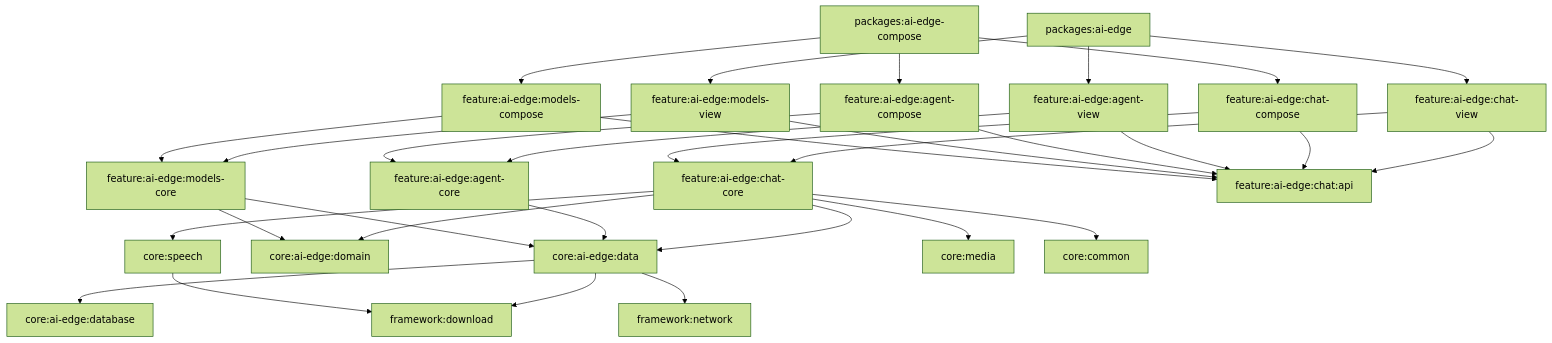
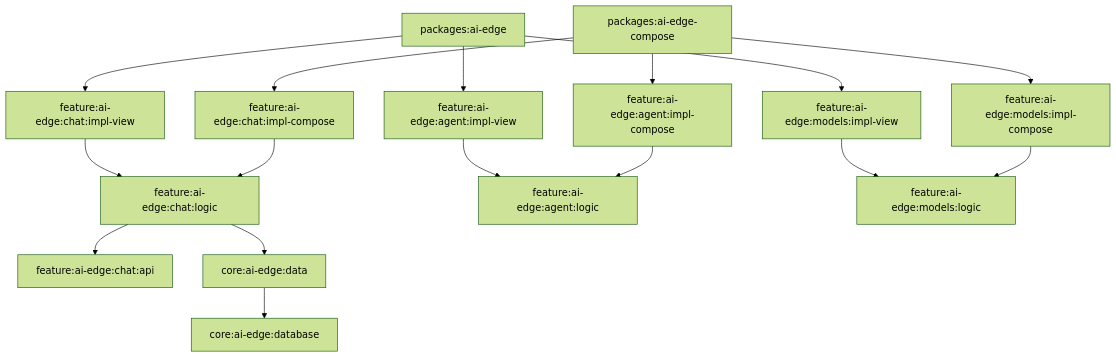
One commit to hustersf/Magical changed the second of 2 diagrams in packages/ai-edge-compose/doc/View 与 Compose 双体系架构蓝图.md. Above: the diagram before and after it, drawn with Mermaid (forest theme). The commit also changed other lines of this file, not shown here.

Commit message:
[ai-edge-compose] 架构蓝图更新

````diff
--- a/packages/ai-edge-compose/doc/View 与 Compose 双体系架构蓝图.md
+++ b/packages/ai-edge-compose/doc/View 与 Compose 双体系架构蓝图.md
@@ -89,33 +89,23 @@
 ```mermaid
 graph TD
-    APP_VIEW[packages:ai-edge] --> CHAT_VIEW[feature:ai-edge:chat-view]
-    APP_VIEW --> AGENT_VIEW[feature:ai-edge:agent-view]
-    APP_VIEW --> MODELS_VIEW[feature:ai-edge:models-view]
-    APP_COMPOSE[packages:ai-edge-compose] --> CHAT_COMPOSE[feature:ai-edge:chat-compose]
-    APP_COMPOSE --> AGENT_COMPOSE[feature:ai-edge:agent-compose]
-    APP_COMPOSE --> MODELS_COMPOSE[feature:ai-edge:models-compose]
-    CHAT_VIEW --> CHAT_CORE[feature:ai-edge:chat-core]
-    CHAT_COMPOSE --> CHAT_CORE
-    AGENT_VIEW --> AGENT_CORE[feature:ai-edge:agent-core]
-    AGENT_COMPOSE --> AGENT_CORE
-    MODELS_VIEW --> MODELS_CORE[feature:ai-edge:models-core]
-    MODELS_COMPOSE --> MODELS_CORE
-    CHAT_VIEW --> CHAT_API[feature:ai-edge:chat:api]
-    CHAT_COMPOSE --> CHAT_API
-    AGENT_VIEW --> CHAT_API
-    AGENT_COMPOSE --> CHAT_API
-    MODELS_VIEW --> CHAT_API
-    MODELS_COMPOSE --> CHAT_API
-    CHAT_CORE --> CORE_DATA[core:ai-edge:data]
-    CHAT_CORE --> CORE_DOMAIN[core:ai-edge:domain]
-    CHAT_CORE --> CORE_SPEECH[core:speech]
-    CHAT_CORE --> CORE_MEDIA[core:media]
-    CHAT_CORE --> CORE_COMMON[core:common]
-    AGENT_CORE --> CORE_DATA
-    MODELS_CORE --> CORE_DATA
-    MODELS_CORE --> CORE_DOMAIN
+    APP_VIEW[packages:ai-edge] --> CHAT_VIEW[feature:ai-edge:chat:impl-view]
+    APP_VIEW --> AGENT_VIEW[feature:ai-edge:agent:impl-view]
+    APP_VIEW --> MODELS_VIEW[feature:ai-edge:models:impl-view]
+ 
+    APP_COMPOSE[packages:ai-edge-compose] --> CHAT_COMPOSE[feature:ai-edge:chat:impl-compose]
+    APP_COMPOSE --> AGENT_COMPOSE[feature:ai-edge:agent:impl-compose]
+    APP_COMPOSE --> MODELS_COMPOSE[feature:ai-edge:models:impl-compose]
+ 
+    CHAT_VIEW --> CHAT_LOGIC[feature:ai-edge:chat:logic]
+    CHAT_COMPOSE --> CHAT_LOGIC
+ 
+    AGENT_VIEW --> AGENT_LOGIC[feature:ai-edge:agent:logic]
+    AGENT_COMPOSE --> AGENT_LOGIC
+ 
+    MODELS_VIEW --> MODELS_LOGIC[feature:ai-edge:models:logic]
+    MODELS_COMPOSE --> MODELS_LOGIC
+ 
+    CHAT_LOGIC --> CHAT_API[feature:ai-edge:chat:api]
+    CHAT_LOGIC --> CORE_DATA[core:ai-edge:data]
     CORE_DATA --> CORE_DB[core:ai-edge:database]
-    CORE_DATA --> FW_NETWORK[framework:network]
-    CORE_DATA --> FW_DOWNLOAD[framework:download]
-    CORE_SPEECH --> FW_DOWNLOAD
 ```
````
